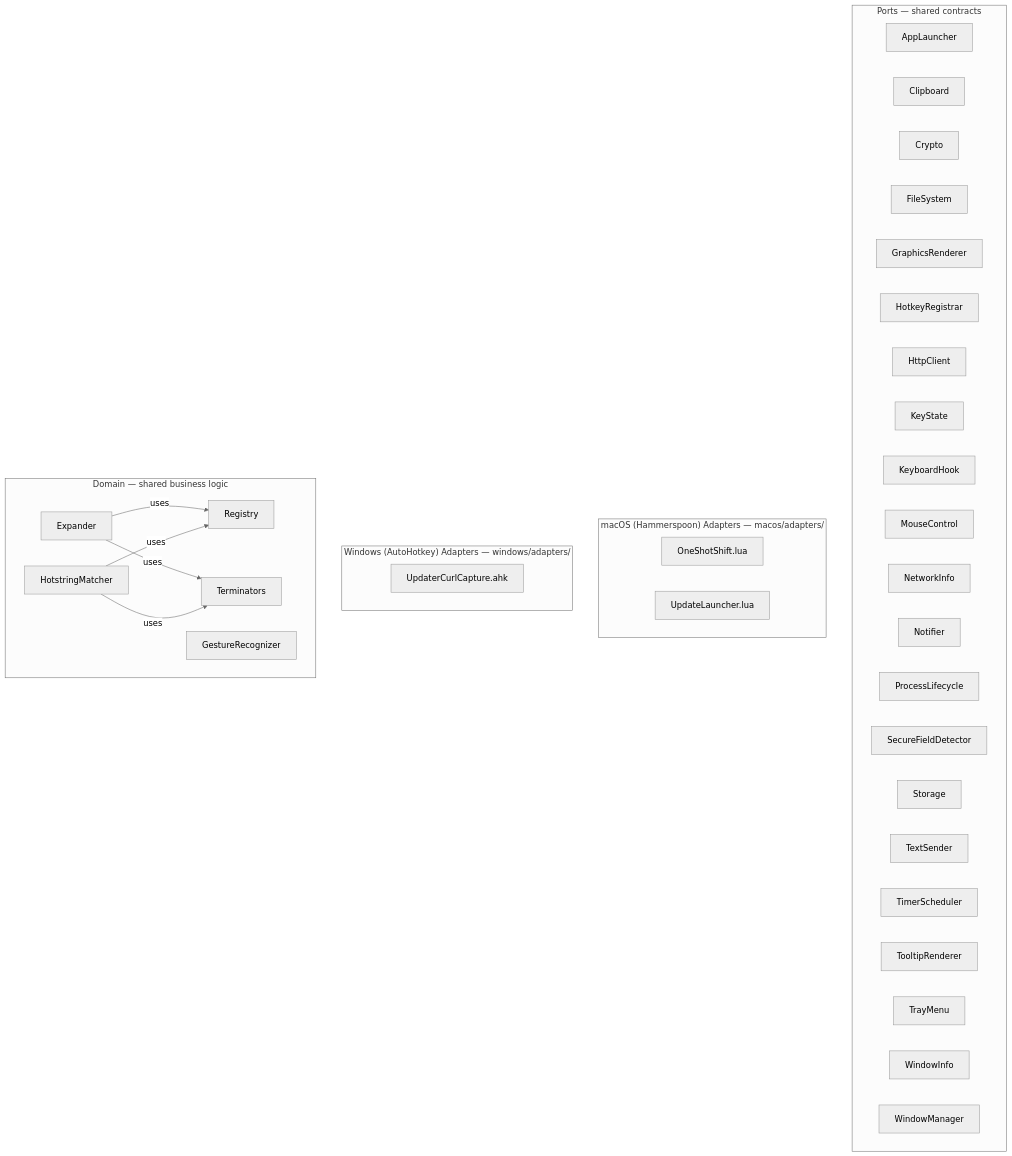
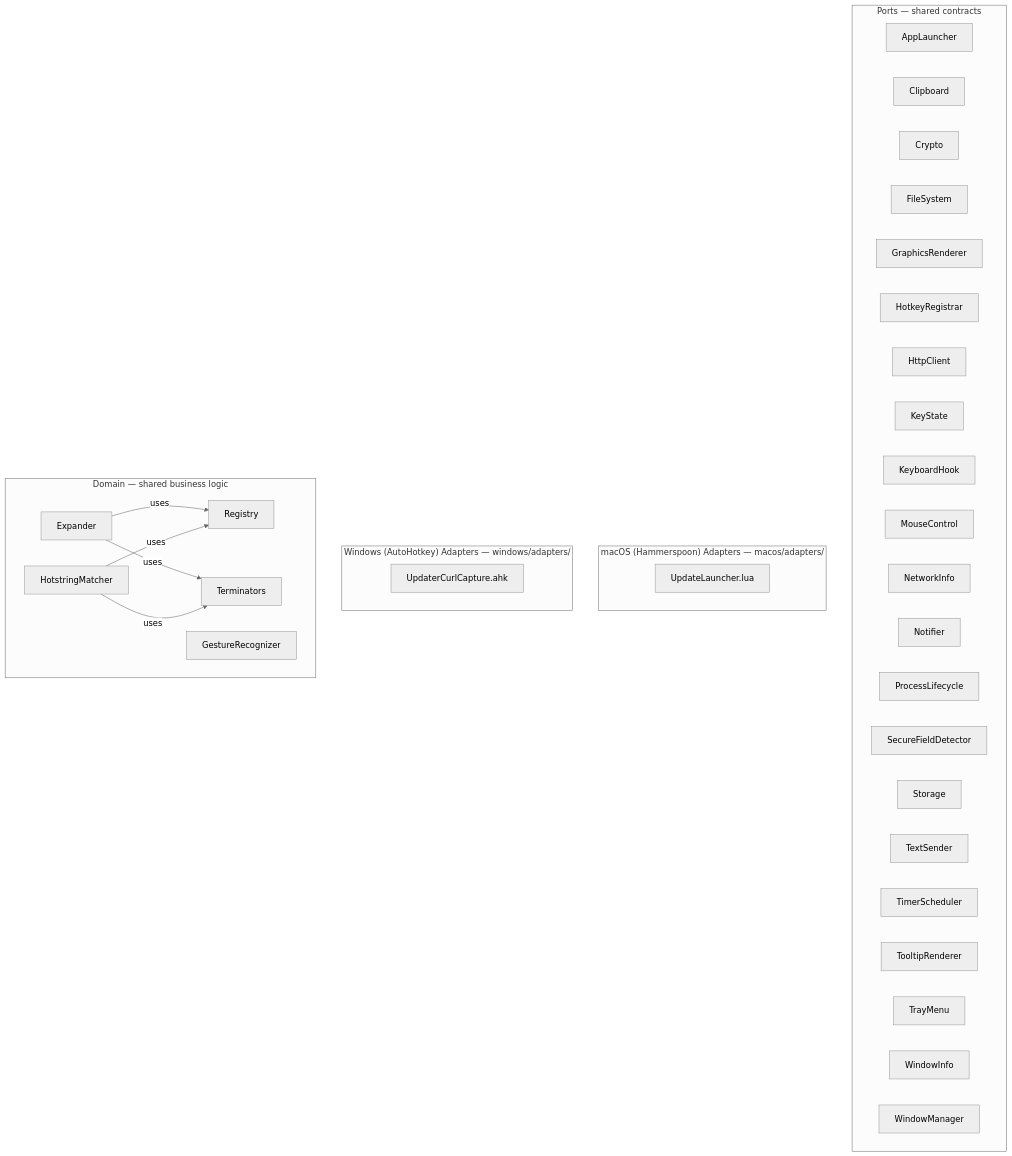
One commit to adrienm7/ergopti changed the diagram in static/ergopti_plus/docs/architecture.md. Above: the diagram before and after it, drawn with Mermaid (neutral theme). The commit also changed 276 other files, not shown here.

````diff
--- a/static/ergopti_plus/docs/architecture.md
+++ b/static/ergopti_plus/docs/architecture.md
@@ -11,54 +11,53 @@
 ```mermaid
 graph TD
 
     subgraph Ports["Ports — shared contracts"]
         P_AppLauncher["AppLauncher"]
         P_Clipboard["Clipboard"]
         P_Crypto["Crypto"]
         P_FileSystem["FileSystem"]
         P_GraphicsRenderer["GraphicsRenderer"]
         P_HotkeyRegistrar["HotkeyRegistrar"]
         P_HttpClient["HttpClient"]
         P_KeyState["KeyState"]
         P_KeyboardHook["KeyboardHook"]
         P_MouseControl["MouseControl"]
         P_NetworkInfo["NetworkInfo"]
         P_Notifier["Notifier"]
         P_ProcessLifecycle["ProcessLifecycle"]
         P_SecureFieldDetector["SecureFieldDetector"]
         P_Storage["Storage"]
         P_TextSender["TextSender"]
         P_TimerScheduler["TimerScheduler"]
         P_TooltipRenderer["TooltipRenderer"]
         P_TrayMenu["TrayMenu"]
         P_WindowInfo["WindowInfo"]
         P_WindowManager["WindowManager"]
     end
 
     subgraph MACOS_Adapters["macOS (Hammerspoon) Adapters — macos/adapters/"]
-        MACOS_one_shot_shift["OneShotShift.lua"]
         MACOS_update_launcher["UpdateLauncher.lua"]
     end
 
     subgraph WINDOWS_Adapters["Windows (AutoHotkey) Adapters — windows/adapters/"]
         WINDOWS_updater_curl_capture["UpdaterCurlCapture.ahk"]
     end
 
     subgraph Domain["Domain — shared business logic"]
         D_Expander["Expander"]
         D_GestureRecognizer["GestureRecognizer"]
         D_HotstringMatcher["HotstringMatcher"]
         D_Registry["Registry"]
         D_Terminators["Terminators"]
     end
 
     %% Port implementations: macOS (Hammerspoon)
 
     %% Port implementations: Windows (AutoHotkey)
 
     %% Key domain relationships
     D_Expander -->|uses| D_Registry
     D_HotstringMatcher -->|uses| D_Registry
     D_Expander -->|uses| D_Terminators
     D_HotstringMatcher -->|uses| D_Terminators
 ```
````
